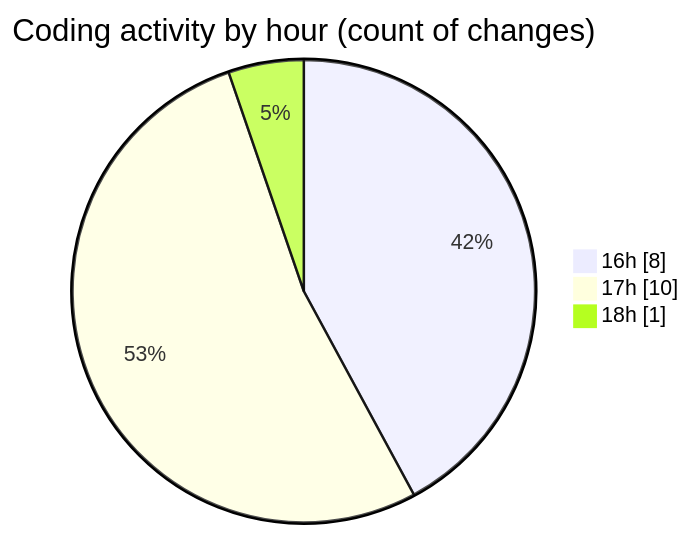
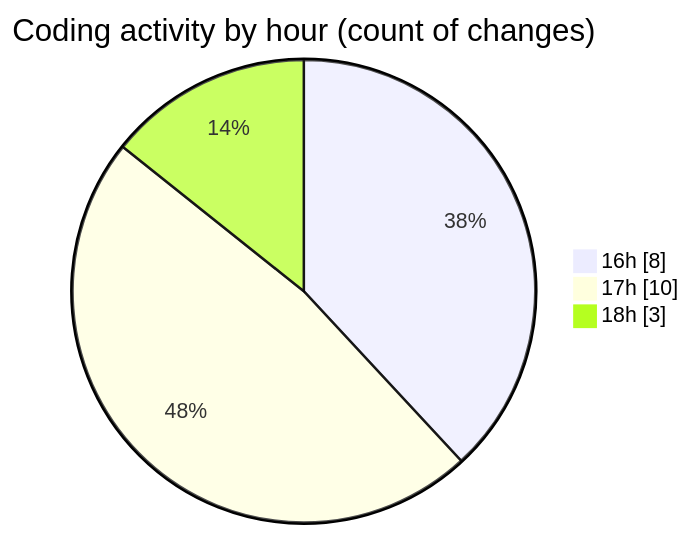
One commit to Elitesun/code-tracking changed the second of 2 diagrams in 2025-02-06/react_ecom/README.md. Above: the diagram before and after it, drawn with Mermaid. The commit also changed other lines of this file and 1 other file, not shown here.

````diff
--- a/2025-02-06/react_ecom/README.md
+++ b/2025-02-06/react_ecom/README.md
@@ -32,7 +32,7 @@
 ```mermaid
 pie showData
 title Coding activity by hour (count of changes)
 "16h" : 8
 "17h" : 10
-"18h" : 1
+"18h" : 3
 ```
````
